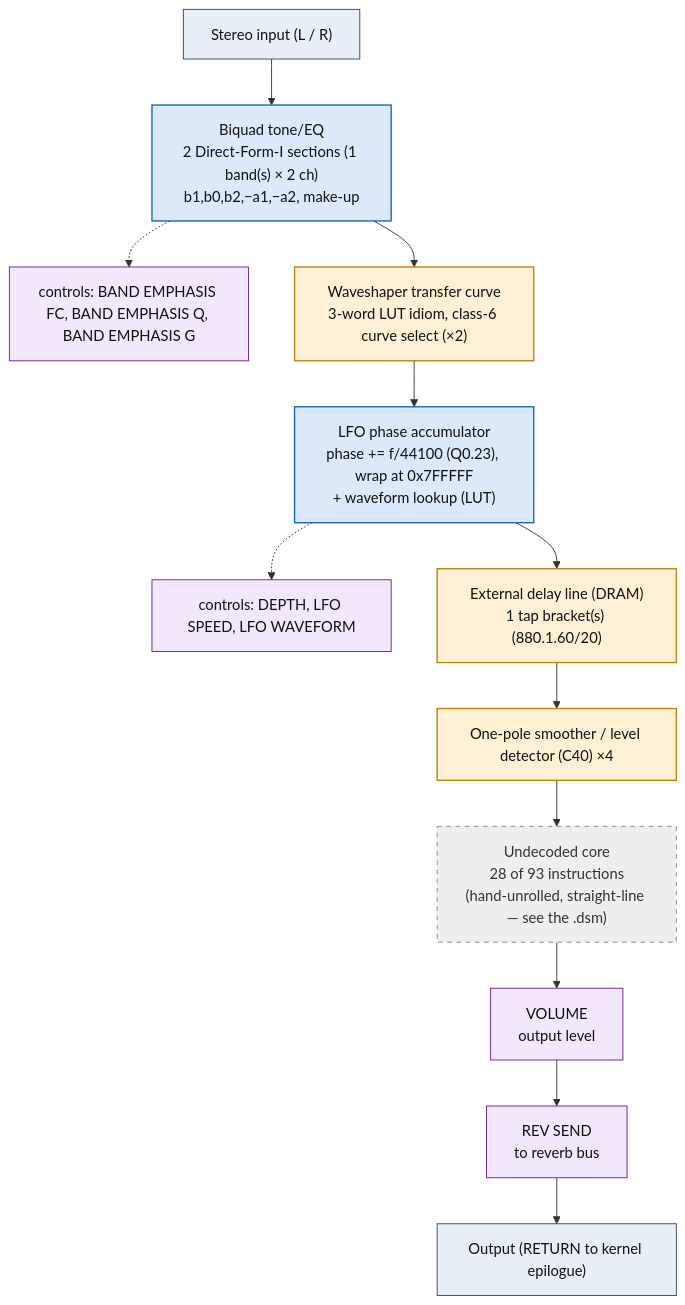
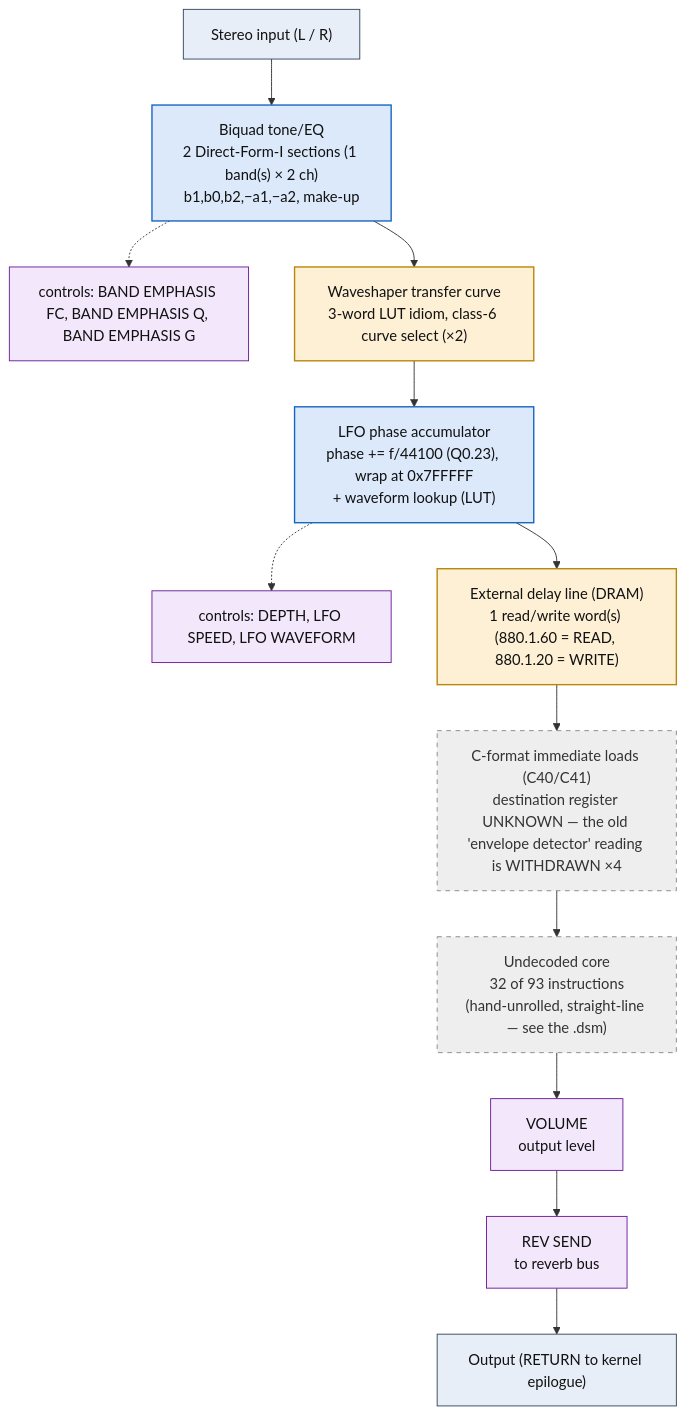
The diagram in dsp/flowcharts/prog71_peq_chorus.md (ArqueologiaDigital/kn5000-roms-disasm), drawn with Mermaid before and after one commit. The commit also changed other lines of this file and 86 other files, not shown here.

````diff
--- a/dsp/flowcharts/prog71_peq_chorus.md
+++ b/dsp/flowcharts/prog71_peq_chorus.md
@@ -12,38 +12,38 @@
 ```mermaid
 flowchart TD
     N0["Stereo input (L / R)"]
     N1["Biquad tone/EQ<br/>2 Direct-Form-I sections (1 band(s) &times; 2 ch)<br/>b1,b0,b2,&minus;a1,&minus;a2, make-up"]
     N0 --> N1
     N2["controls: BAND EMPHASIS FC, BAND EMPHASIS Q, BAND EMPHASIS G"]
     N1 -.-> N2
     N3["Waveshaper transfer curve<br/>3-word LUT idiom, class-6 curve select (&times;2)"]
     N1 --> N3
     N4["LFO phase accumulator<br/>phase += f/44100 (Q0.23), wrap at 0x7FFFFF<br/>+ waveform lookup (LUT)"]
     N3 --> N4
     N5["controls: DEPTH, LFO SPEED, LFO WAVEFORM"]
     N4 -.-> N5
-    N6["External delay line (DRAM)<br/>1 tap bracket(s) (880.1.60/20)"]
+    N6["External delay line (DRAM)<br/>1 read/write word(s) (880.1.60 = READ, 880.1.20 = WRITE)"]
     N4 --> N6
-    N7["One-pole smoother / level detector (C40) &times;4"]
+    N7["C-format immediate loads (C40/C41)<br/>destination register UNKNOWN &mdash; the old 'envelope detector' reading is WITHDRAWN &times;4"]
     N6 --> N7
-    N8["Undecoded core<br/>28 of 93 instructions<br/>(hand-unrolled, straight-line &mdash; see the .dsm)"]
+    N8["Undecoded core<br/>32 of 93 instructions<br/>(hand-unrolled, straight-line &mdash; see the .dsm)"]
     N7 --> N8
     N9["VOLUME<br/>output level"]
     N8 --> N9
     N10["REV SEND<br/>to reverb bus"]
     N9 --> N10
     N11["Output (RETURN to kernel epilogue)"]
     N10 --> N11
 
     classDef io fill:#e8eef7,stroke:#33475b,stroke-width:1px,color:#111;
     classDef proven fill:#d7f0d7,stroke:#2e7d32,stroke-width:2px,color:#111;
     classDef measured fill:#dbe9fb,stroke:#1565c0,stroke-width:1.5px,color:#111;
     classDef inferred fill:#fdf0d5,stroke:#b8860b,stroke-width:1.5px,color:#111;
     classDef open fill:#eeeeee,stroke:#888,stroke-width:1px,color:#333,stroke-dasharray:5 5;
     classDef ctrl fill:#f3e8fb,stroke:#6a1b9a,stroke-width:1px,color:#111;
     class N0,N11 io;
     class N1,N4 measured;
     class N2,N5,N9,N10 ctrl;
-    class N3,N6,N7 inferred;
-    class N8 open;
+    class N3,N6 inferred;
+    class N7,N8 open;
 ```
````
